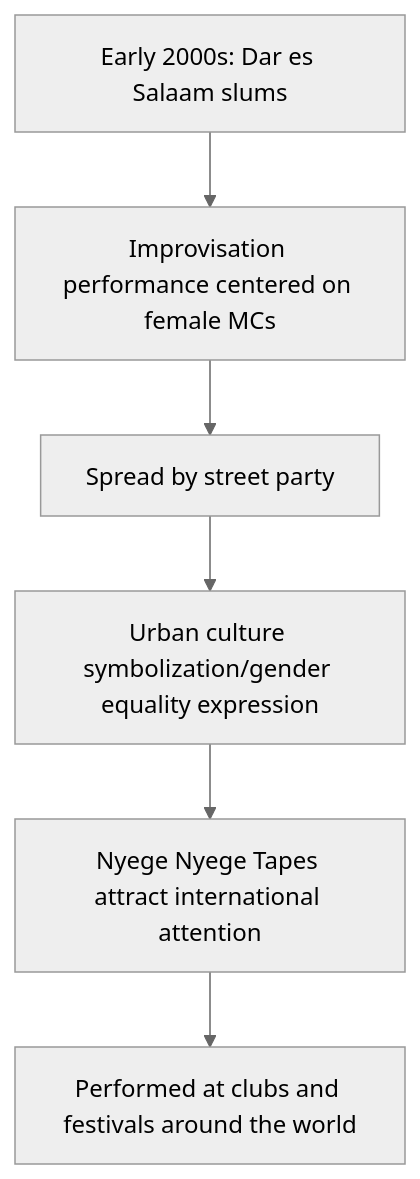
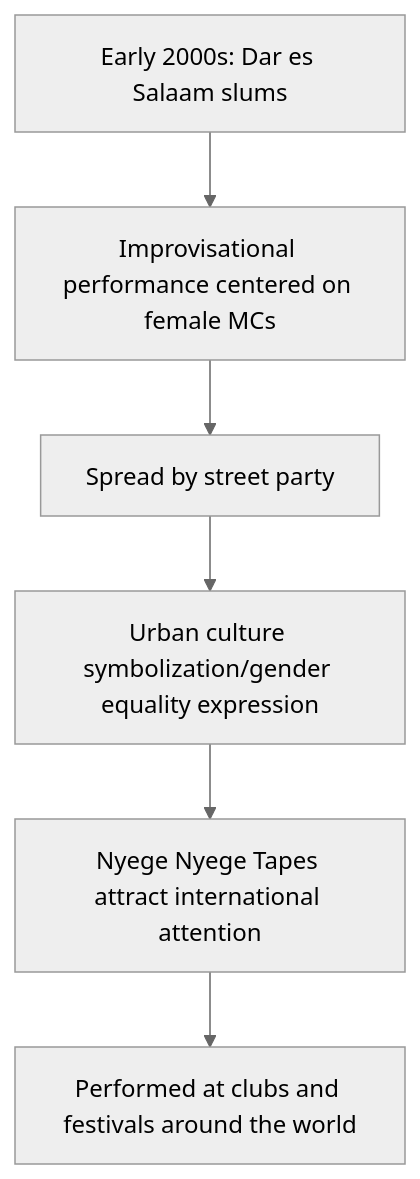
One commit to monumental-movement/monumental-movement.github.io changed the first of 6 diagrams in en/_posts/2025-10-04-Column-Nyege-Nyege.md. Above: the diagram before and after it, drawn with Mermaid (neutral theme). The commit also changed 120 other files, not shown here.

```diff
--- a/en/_posts/2025-10-04-Column-Nyege-Nyege.md
+++ b/en/_posts/2025-10-04-Column-Nyege-Nyege.md
@@ -101,10 +101,10 @@
 <div class="mermaid">
 
 flowchart TD
-A["Early 2000s: Dar es Salaam slums"] --> B["Improvisation performance centered on female MCs"]
+A["Early 2000s: Dar es Salaam slums"] --> B["Improvisational performance centered on female MCs"]
 B --> C["Spread by street party"]
 C --> D["Urban culture symbolization/gender equality expression"]
 D --> E["Nyege Nyege Tapes attract international attention"]
 E --> F["Performed at clubs and festivals around the world"]
 
 </div>
```
